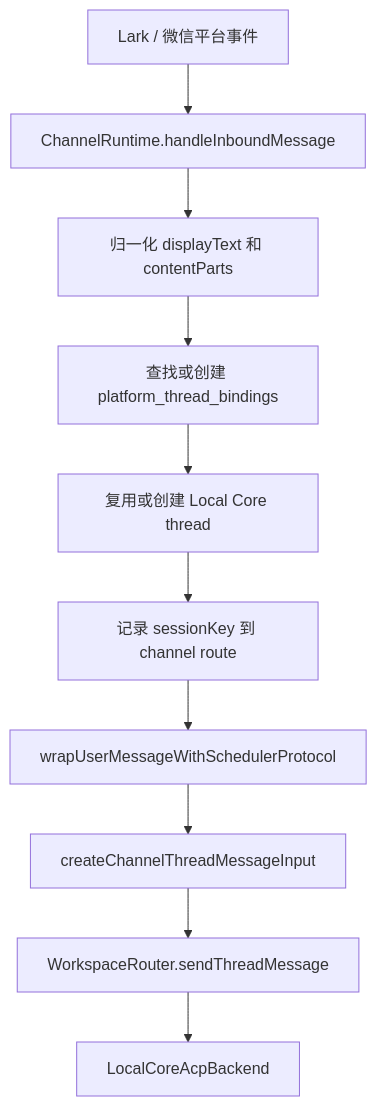
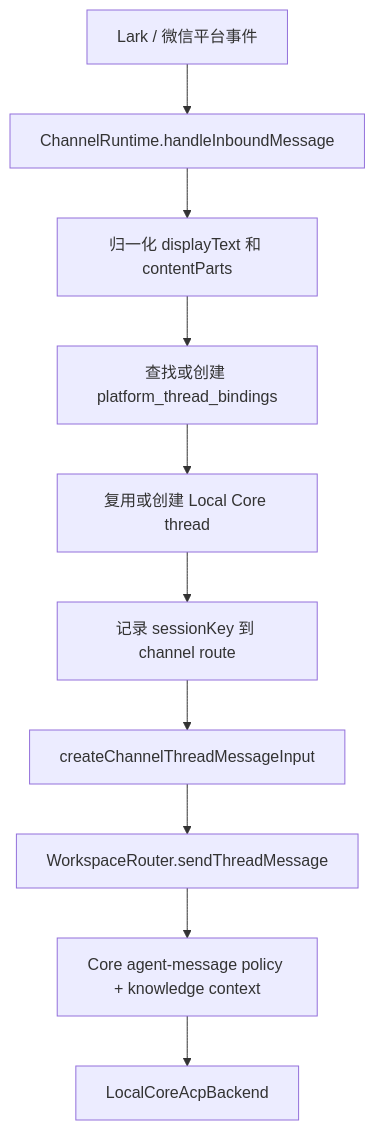
Before and after one commit to helloimcx/agentdock: the first of 3 diagrams in docs/architecture/channel-gateways.md, drawn with Mermaid. The commit also changed 96 other files, not shown here.

Commit message:
Simplify Local Core architecture

````diff
--- a/docs/architecture/channel-gateways.md
+++ b/docs/architecture/channel-gateways.md
@@ -20,12 +20,12 @@
 ```mermaid
 flowchart TD
   Platform["Lark / 微信平台事件"] --> Gateway["ChannelRuntime.handleInboundMessage"]
   Gateway --> Normalize["归一化 displayText 和 contentParts"]
   Normalize --> Binding["查找或创建 platform_thread_bindings"]
   Binding --> Thread["复用或创建 Local Core thread"]
   Thread --> Routing["记录 sessionKey 到 channel route"]
-  Routing --> Wrap["wrapUserMessageWithSchedulerProtocol"]
-  Wrap --> Input["createChannelThreadMessageInput"]
+  Routing --> Input["createChannelThreadMessageInput"]
   Input --> Router["WorkspaceRouter.sendThreadMessage"]
-  Router --> ACP["LocalCoreAcpBackend"]
+  Router --> Policy["Core agent-message policy + knowledge context"]
+  Policy --> ACP["LocalCoreAcpBackend"]
 ```
````
